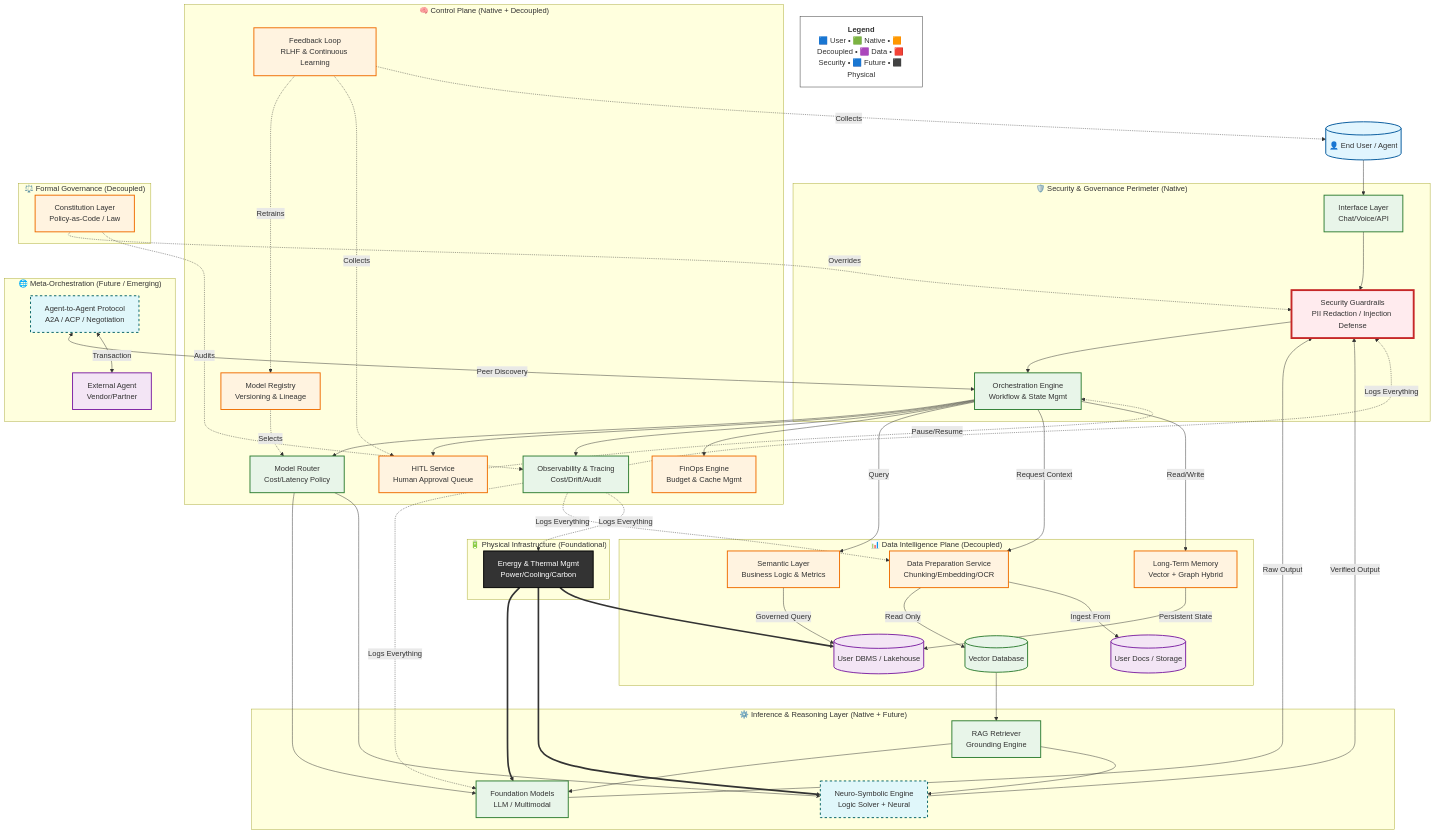
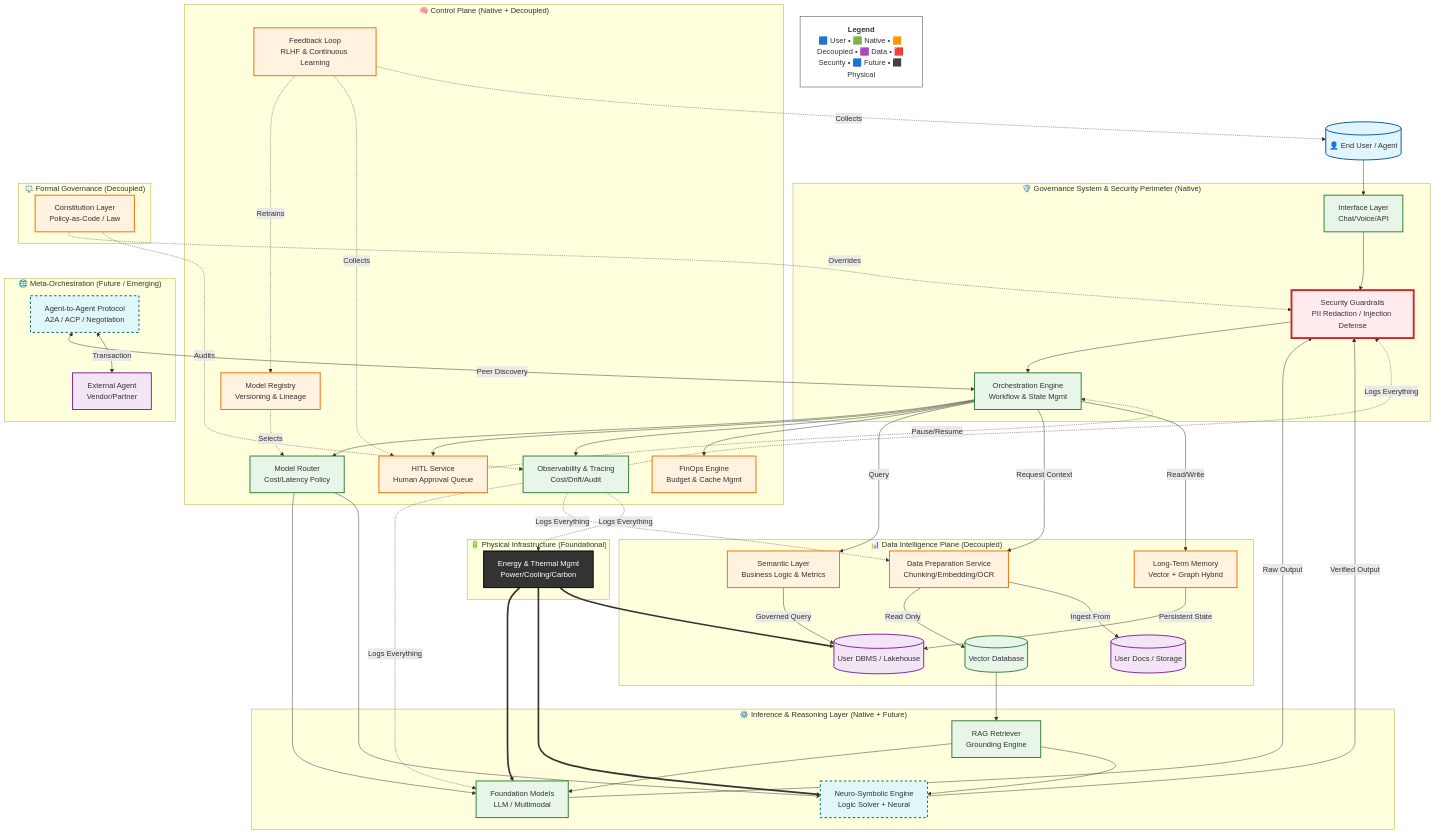
Before and after one commit to Straitcode/AIArchitecture: the diagram in AI 18L model.md, drawn with Mermaid.

Commit message:
Rename subgraph for clarity in AI model documentation
Update texts.

```diff
--- a/AI 18L model.md
+++ b/AI 18L model.md
@@ -14,7 +14,7 @@
 
     User[("👤 End User / Agent")]:::user --> Interface[Interface Layer<br/>Chat/Voice/API]:::native
     
-    subgraph "🛡️ Security & Governance Perimeter (Native)"
+    subgraph "🛡️ Governance System & Security Perimeter (Native)"
         Interface --> Guardrails[Security Guardrails<br/>PII Redaction / Injection Defense]:::security
         Guardrails --> Orch[Orchestration Engine<br/>Workflow & State Mgmt]:::native
     end
```
